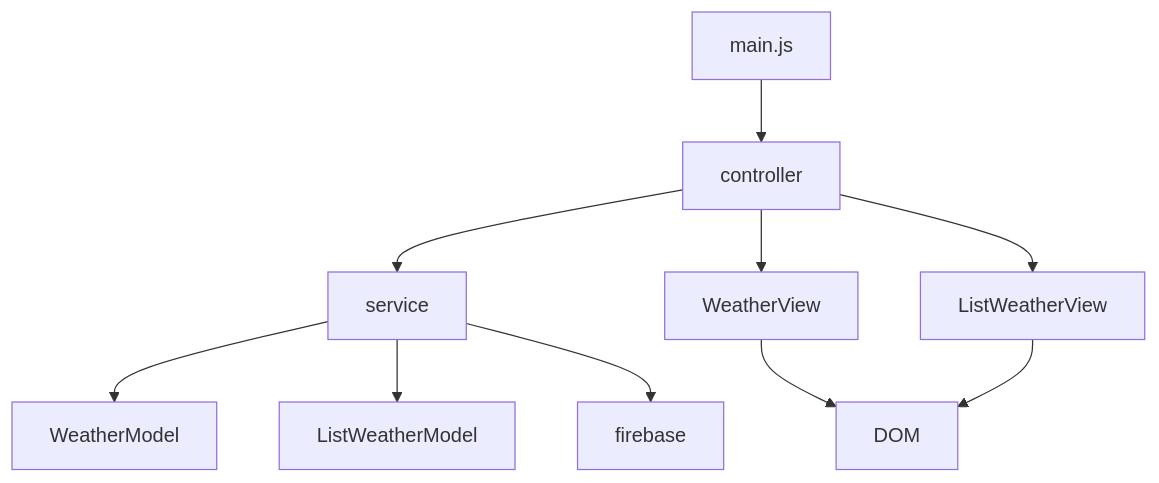
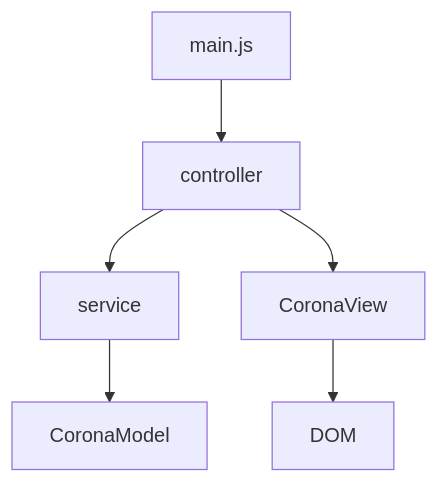
The diagram in README.md (KIMHWANSEUNG/Corona_Toy), drawn with Mermaid before and after one commit.

Commit message:
수정 2

````diff
--- a/README.md
+++ b/README.md
@@ -48,12 +48,8 @@
 ```mermaid
 graph TD;
     main.js-->controller;
     controller-->service;
-    controller-->WeatherView;
-    controller-->ListWeatherView;
-    service-->WeatherModel;
-    service-->ListWeatherModel;
-    service-->firebase;
-    WeatherView-->DOM;
-    ListWeatherView-->DOM;
+    controller-->CoronaView;
+    service-->CoronaModel;
+    CoronaView-->DOM;
 ```
````
